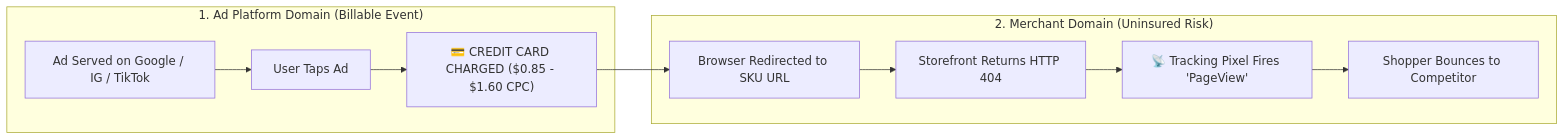
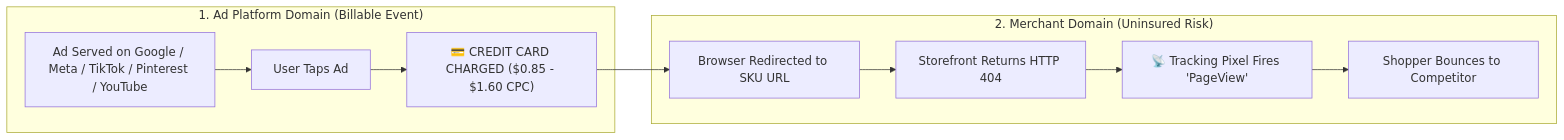
One commit to DJ338Moji/404killer-marketing-site changed the first of 2 diagrams in outreach/cfo_capital_protection_playbook.md. Above: the diagram before and after it, drawn with Mermaid. The commit also changed other lines of this file and 1 other file, not shown here.

Commit message:
feat: add Pinterest (epik) & YouTube evergreen link decay to /cfo page and CFO playbook

````diff
--- a/outreach/cfo_capital_protection_playbook.md
+++ b/outreach/cfo_capital_protection_playbook.md
@@ -33,13 +33,13 @@
 ```mermaid
 flowchart LR
     subgraph AdPlatform["1. Ad Platform Domain (Billable Event)"]
-        Impression["Ad Served on Google / IG / TikTok"] --> Click["User Taps Ad"]
+        Impression["Ad Served on Google / Meta / TikTok / Pinterest / YouTube"] --> Click["User Taps Ad"]
         Click --> Charge["💳 CREDIT CARD CHARGED ($0.85 - $1.60 CPC)"]
     end
     subgraph MerchantSite["2. Merchant Domain (Uninsured Risk)"]
         Charge --> Redirect["Browser Redirected to SKU URL"]
         Redirect --> Error404["Storefront Returns HTTP 404"]
         Error404 --> Pixel["📡 Tracking Pixel Fires 'PageView'"]
         Pixel --> Bounce["Shopper Bounces to Competitor"]
     end
 ```
````
